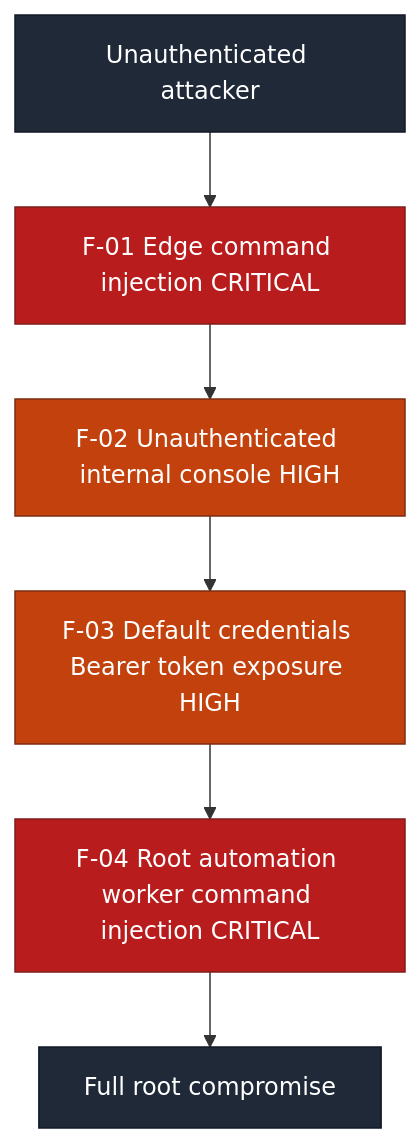
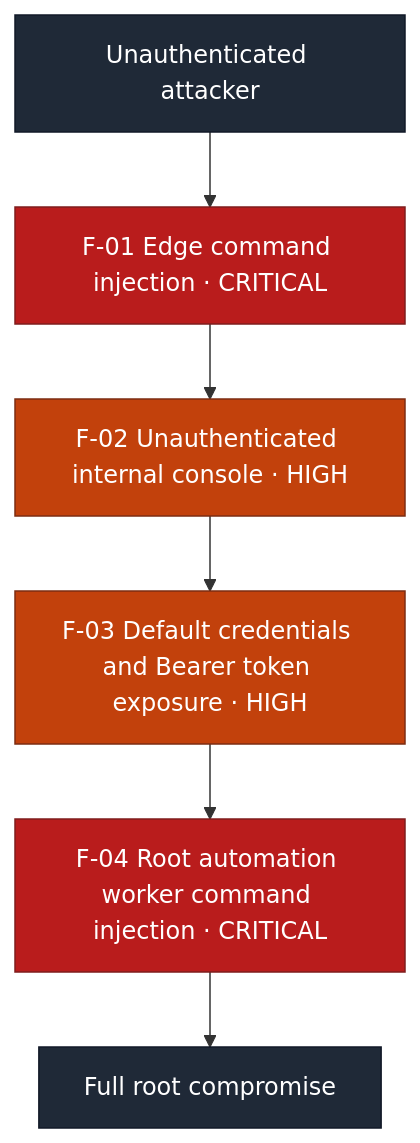
The first of 2 diagrams in reports/command-injection-chain-2026-08.md (ouroboros-white/cybersecurity-portfolio), drawn with Mermaid before and after one commit. The commit also changed other lines of this file and 7 other files, not shown here.

````diff
--- a/reports/command-injection-chain-2026-08.md
+++ b/reports/command-injection-chain-2026-08.md
@@ -55,14 +55,14 @@
 ```mermaid
 flowchart TD
-    S["Unauthenticated attacker"] --> F1["F-01 Edge command injection CRITICAL"]
-    F1 --> F2["F-02 Unauthenticated internal console HIGH"]
-    F2 --> F3["F-03 Default credentials Bearer token exposure HIGH"]
-    F3 --> F4["F-04 Root automation worker command injection CRITICAL"]
+    S["Unauthenticated attacker"] --> F1["F-01 Edge command injection · CRITICAL"]
+    F1 --> F2["F-02 Unauthenticated internal console · HIGH"]
+    F2 --> F3["F-03 Default credentials and Bearer token exposure · HIGH"]
+    F3 --> F4["F-04 Root automation worker command injection · CRITICAL"]
     F4 --> R["Full root compromise"]
     classDef crit fill:#b91c1c,stroke:#7f1d1d,color:#ffffff;
     classDef high fill:#c2410c,stroke:#7c2d12,color:#ffffff;
     classDef term fill:#1f2937,stroke:#111827,color:#ffffff;
     class F1,F4 crit;
     class F2,F3 high;
     class S,R term;
 ```
````
